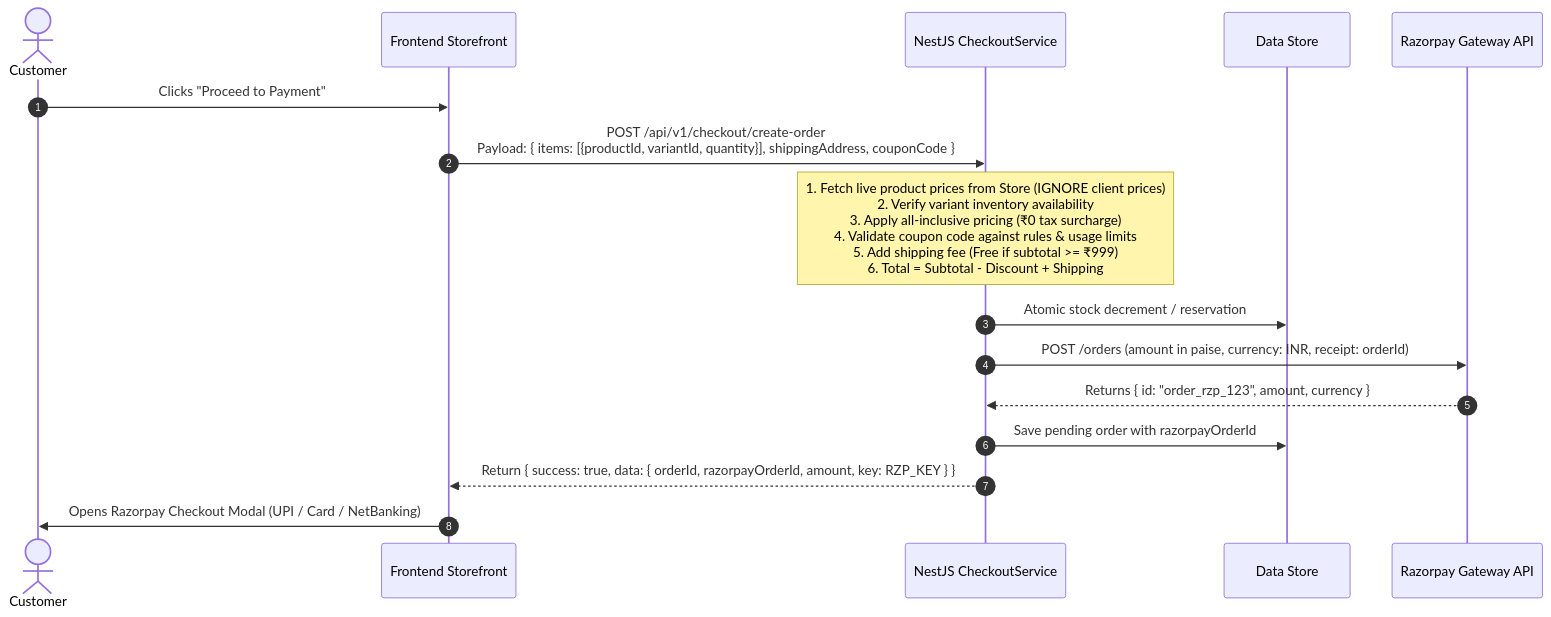
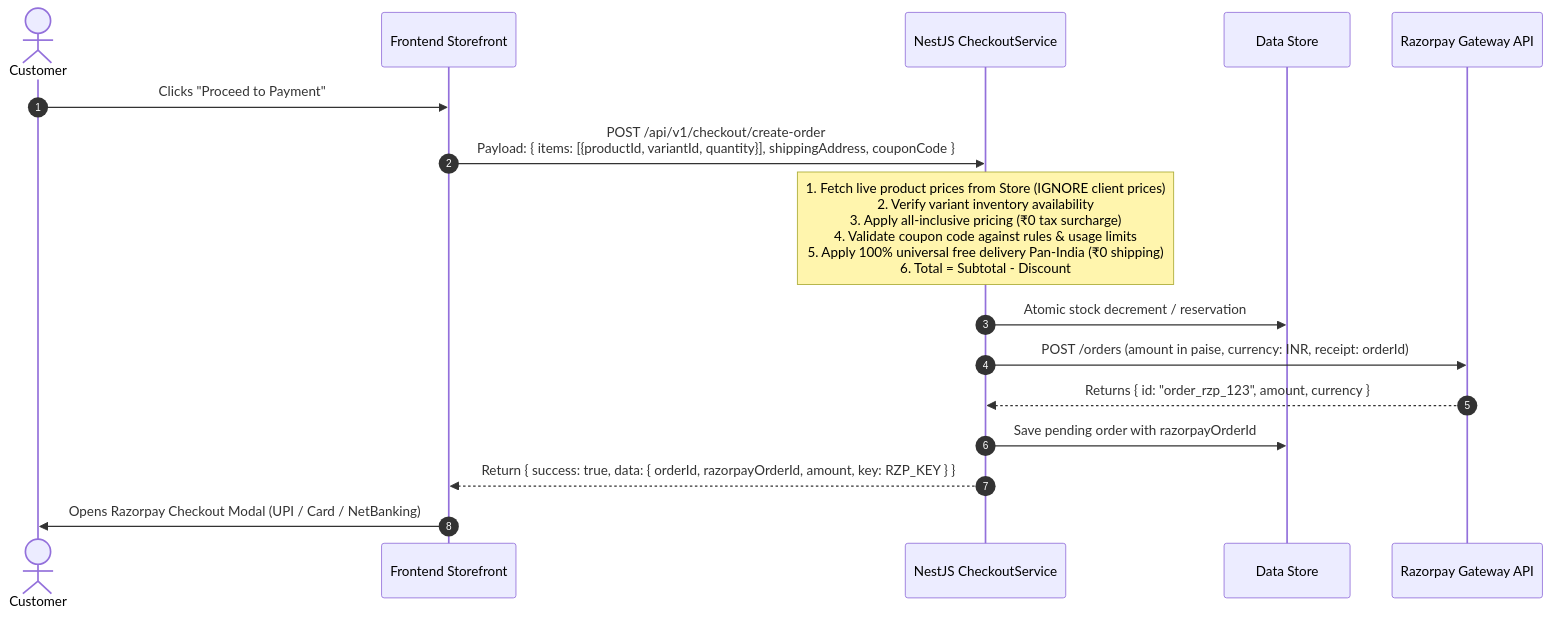
One commit to maniprasad76/Bingooo changed the third of 5 diagrams in architecture.md. Above: the diagram before and after it, drawn with Mermaid. The commit also changed other lines of this file and 265 other files, not shown here.

````diff
--- a/architecture.md
+++ b/architecture.md
@@ -282,19 +287,19 @@
 ```mermaid
 sequenceDiagram
     autonumber
     actor User as Customer
     participant Front as Frontend Storefront
     participant API as NestJS CheckoutService
     participant Store as Data Store
     participant RZP as Razorpay Gateway API
 
     User->>Front: Clicks "Proceed to Payment"
     Front->>API: POST /api/v1/checkout/create-order<br/>Payload: { items: [{productId, variantId, quantity}], shippingAddress, couponCode }
-    Note over API: 1. Fetch live product prices from Store (IGNORE client prices)<br/>2. Verify variant inventory availability<br/>3. Apply all-inclusive pricing (₹0 tax surcharge)<br/>4. Validate coupon code against rules & usage limits<br/>5. Add shipping fee (Free if subtotal >= ₹999)<br/>6. Total = Subtotal - Discount + Shipping
+    Note over API: 1. Fetch live product prices from Store (IGNORE client prices)<br/>2. Verify variant inventory availability<br/>3. Apply all-inclusive pricing (₹0 tax surcharge)<br/>4. Validate coupon code against rules & usage limits<br/>5. Apply 100% universal free delivery Pan-India (₹0 shipping)<br/>6. Total = Subtotal - Discount
     API->>Store: Atomic stock decrement / reservation
     API->>RZP: POST /orders (amount in paise, currency: INR, receipt: orderId)
     RZP-->>API: Returns { id: "order_rzp_123", amount, currency }
     API->>Store: Save pending order with razorpayOrderId
     API-->>Front: Return { success: true, data: { orderId, razorpayOrderId, amount, key: RZP_KEY } }
     Front->>User: Opens Razorpay Checkout Modal (UPI / Card / NetBanking)
 ```
````
